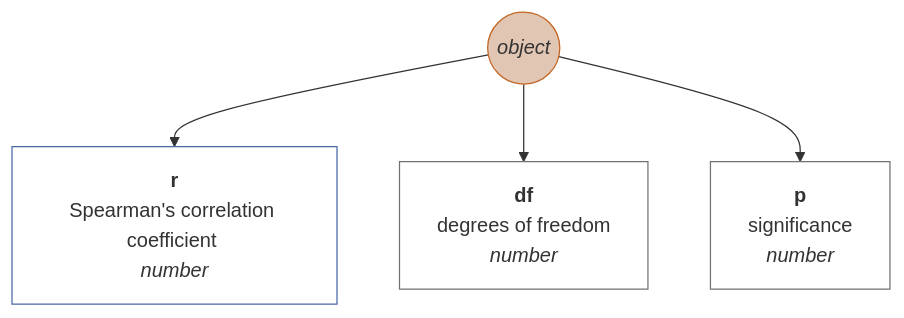
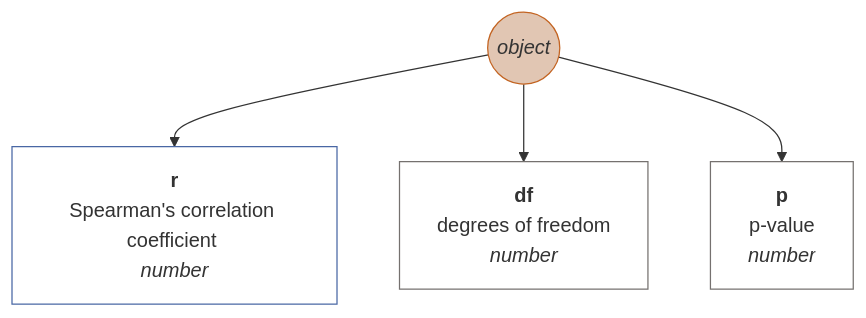
One commit to muzikp/retusa changed diagram 27 of 38 in docs/en-GB.md. Above: the diagram before and after it, drawn with Mermaid. The commit also changed other lines of this file and 8 other files, not shown here.

````diff
--- a/docs/en-GB.md
+++ b/docs/en-GB.md
@@ -966,16 +966,16 @@
 ```mermaid
 graph TD
 correlSpearman((<i>object</i>))
 style correlSpearman fill:#E1C6B3;
 style correlSpearman stroke:#C36422;
 correlSpearman --> r[<b>r</b><br>Spearman's correlation coefficient <br><i>number</i>]
 style r fill:#FFFFFF;
 style r stroke:#4967A4;
 correlSpearman --> df[<b>df</b><br>degrees of freedom <br><i>number</i>]
 style df fill:#FFFFFF;
 style df stroke:#75716F;
-correlSpearman --> p[<b>p</b><br>significance <br><i>number</i>]
+correlSpearman --> p[<b>p</b><br>p-value <br><i>number</i>]
 style p fill:#FFFFFF;
 style p stroke:#75716F;
 
 ```
````
